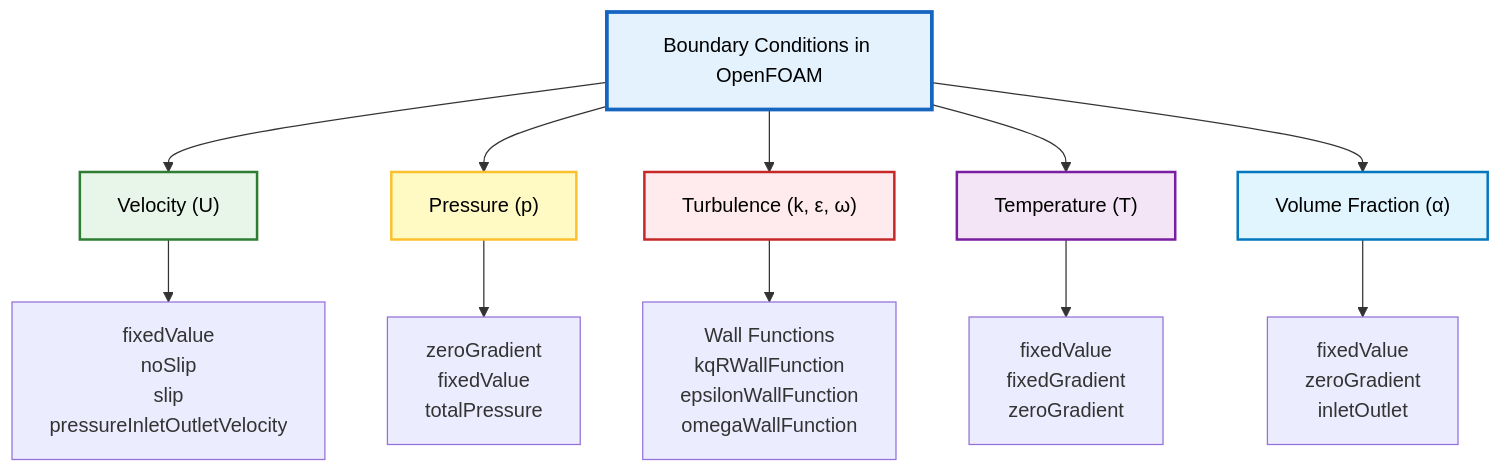
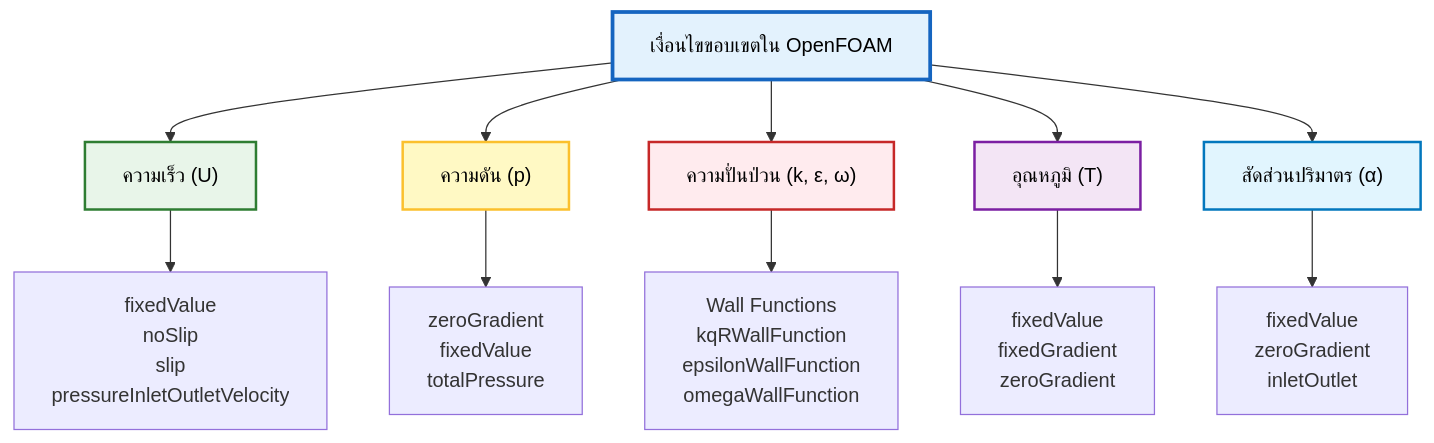
The first of 3 diagrams in MODULE_01_CFD_FUNDAMENTALS/CONTENT/03_BOUNDARY_CONDITIONS/05_Common_Boundary_Conditions_in_OpenFOAM.md (wramet/build-my-cfd), drawn with Mermaid before and after one commit. The commit also changed other lines of this file and 104 other files, not shown here.

````diff
--- a/MODULE_01_CFD_FUNDAMENTALS/CONTENT/03_BOUNDARY_CONDITIONS/05_Common_Boundary_Conditions_in_OpenFOAM.md
+++ b/MODULE_01_CFD_FUNDAMENTALS/CONTENT/03_BOUNDARY_CONDITIONS/05_Common_Boundary_Conditions_in_OpenFOAM.md
@@ -9,26 +9,26 @@
 ```mermaid
 graph TD
-    A["Boundary Conditions in OpenFOAM"] --> B["Velocity (U)"]
-    A --> C["Pressure (p)"]
-    A --> D["Turbulence (k, ε, ω)"]
-    A --> E["Temperature (T)"]
-    A --> F["Volume Fraction (α)"]
+    A["เงื่อนไขขอบเขตใน OpenFOAM"] --> B["ความเร็ว (U)"]
+    A --> C["ความดัน (p)"]
+    A --> D["ความปั่นป่วน (k, ε, ω)"]
+    A --> E["อุณหภูมิ (T)"]
+    A --> F["สัดส่วนปริมาตร (α)"]
 
     B --> B1["fixedValue<br/>noSlip<br/>slip<br/>pressureInletOutletVelocity"]
     C --> C1["zeroGradient<br/>fixedValue<br/>totalPressure"]
     D --> D1["Wall Functions<br/>kqRWallFunction<br/>epsilonWallFunction<br/>omegaWallFunction"]
     E --> E1["fixedValue<br/>fixedGradient<br/>zeroGradient"]
     F --> F1["fixedValue<br/>zeroGradient<br/>inletOutlet"]
 
     style A fill:#e3f2fd,stroke:#1565c0,stroke-width:3px,color:#000
     style B fill:#e8f5e9,stroke:#2e7d32,stroke-width:2px,color:#000
     style C fill:#fff9c4,stroke:#fbc02d,stroke-width:2px,color:#000
     style D fill:#ffebee,stroke:#c62828,stroke-width:2px,color:#000
     style E fill:#f3e5f5,stroke:#7b1fa2,stroke-width:2px,color:#000
     style F fill:#e1f5fe,stroke:#0277bd,stroke-width:2px,color:#000
 
     classDef process fill:#e3f2fd,stroke:#1565c0,stroke-width:2px,color:#000;
     classDef decision fill:#fff9c4,stroke:#fbc02d,stroke-width:2px,color:#000;
     classDef terminator fill:#ffebee,stroke:#c62828,stroke-width:2px,color:#000;
     classDef storage fill:#e8f5e9,stroke:#2e7d32,stroke-width:2px,color:#000;
 ```
````
